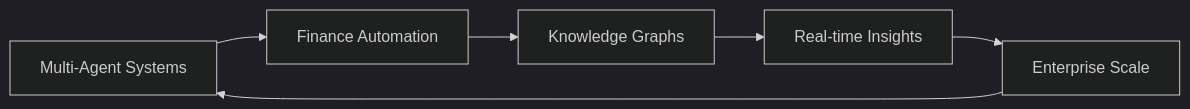
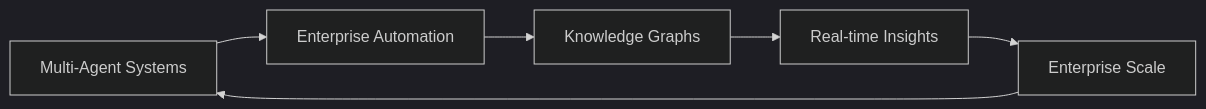
One commit to Vrajesh-Babu/Vrajesh-Babu changed the diagram in README.md. Above: the diagram before and after it, drawn with Mermaid (dark theme). The commit also changed other lines of this file, not shown here.

````diff
--- a/README.md
+++ b/README.md
@@ -133,8 +124,8 @@
 ```mermaid
 graph LR
-    A[Multi-Agent Systems] --> B[Finance Automation]
+    A[Multi-Agent Systems] --> B[Enterprise Automation]
     B --> C[Knowledge Graphs]
     C --> D[Real-time Insights]
     D --> E[Enterprise Scale]
     E --> A
 ```
````
